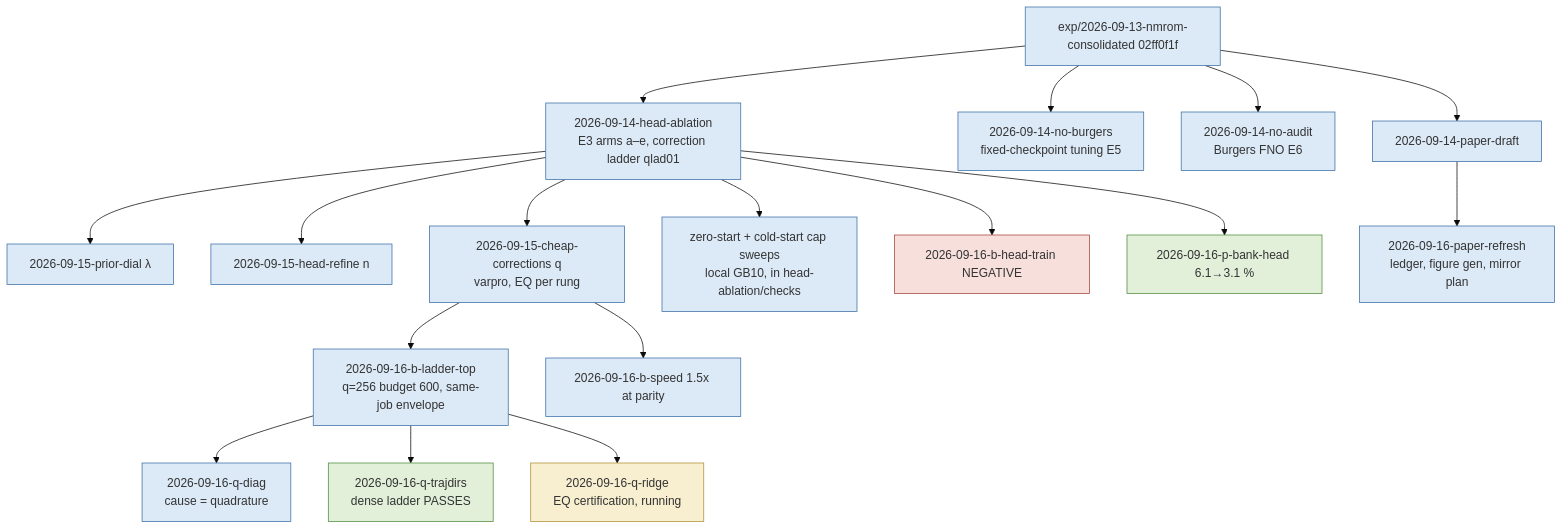
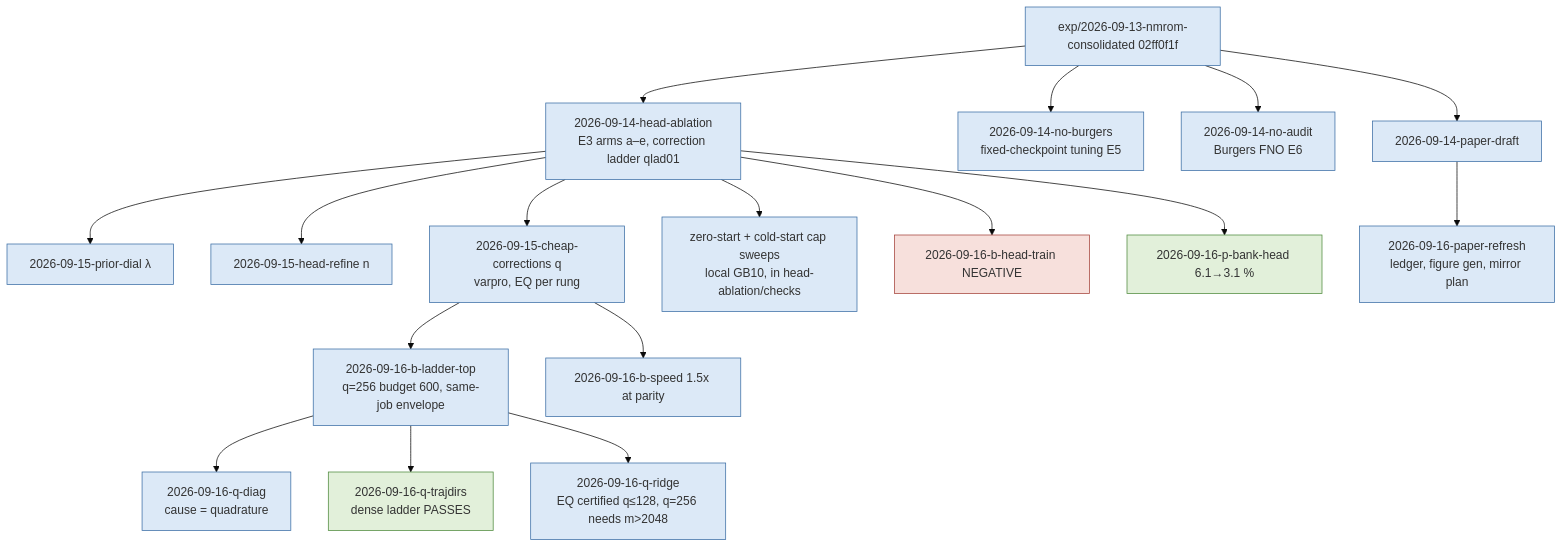
The diagram in reports/2026-09-16-tunability-campaign-handoff.md (tahmidawal/Tunable-NM-ROM), drawn with Mermaid (base theme) before and after one commit.

Commit message:
Handoff: mark the q-ridge lane closed in the lineage diagram
Claude-Session: https://claude.ai/code/session_01AMEnw4K9FzKZdr7M8bj8Dc

````diff
--- a/reports/2026-09-16-tunability-campaign-handoff.md
+++ b/reports/2026-09-16-tunability-campaign-handoff.md
@@ -29,27 +29,27 @@
 ```mermaid
 flowchart TD
   C[exp/2026-09-13-nmrom-consolidated 02ff0f1f] --> HA[2026-09-14-head-ablation<br/>E3 arms a–e, correction ladder qlad01]
   C --> NB[2026-09-14-no-burgers<br/>fixed-checkpoint tuning E5]
   C --> NA[2026-09-14-no-audit<br/>Burgers FNO E6]
   C --> PD[2026-09-14-paper-draft]
   HA --> PR[2026-09-15-prior-dial λ]
   HA --> HR[2026-09-15-head-refine n]
   HA --> CC[2026-09-15-cheap-corrections q<br/>varpro, EQ per rung]
   HA --> ZS[zero-start + cold-start cap sweeps<br/>local GB10, in head-ablation/checks]
   CC --> BL[2026-09-16-b-ladder-top<br/>q=256 budget 600, same-job envelope]
   CC --> BS[2026-09-16-b-speed 1.5x at parity]
   HA --> BH[2026-09-16-b-head-train NEGATIVE]
   HA --> PB[2026-09-16-p-bank-head 6.1→3.1 %]
   PD --> PF[2026-09-16-paper-refresh<br/>ledger, figure gen, mirror plan]
   BL --> QD[2026-09-16-q-diag<br/>cause = quadrature]
   BL --> QT[2026-09-16-q-trajdirs<br/>dense ladder PASSES]
-  BL --> QR[2026-09-16-q-ridge<br/>EQ certification, running]
+  BL --> QR[2026-09-16-q-ridge<br/>EQ certified q≤128, q=256 needs m>2048]
   classDef done fill:#dce9f7,stroke:#3b6ea5;
   classDef neg fill:#f7e0dc,stroke:#a5433b;
   classDef pass fill:#e2f0da,stroke:#4f8a3d;
   classDef run fill:#f7efd0,stroke:#b09032;
   class C,HA,NB,NA,PD,PR,HR,CC,ZS,BL,BS,PF,QD done;
   class BH neg;
   class QT,PB pass;
-  class QR run;
+  class QR done;
 ```
````
